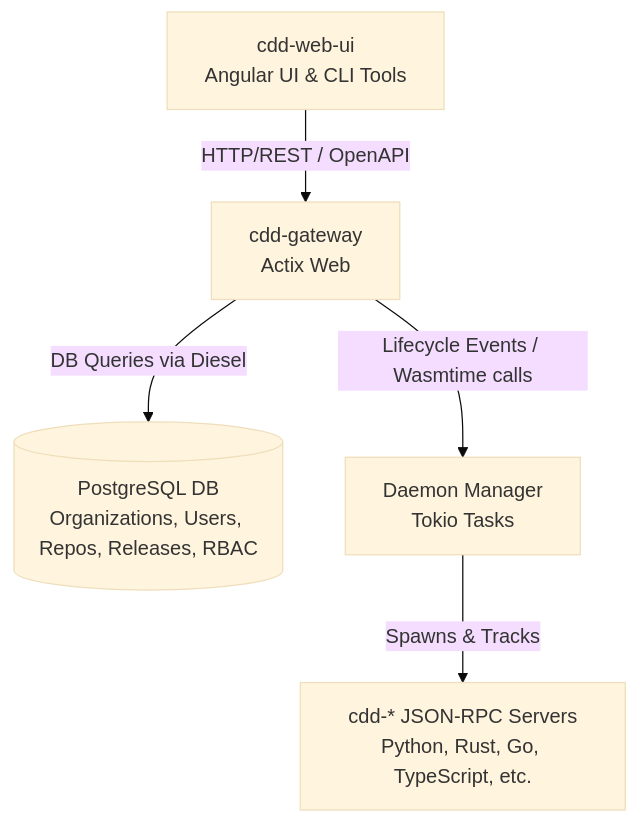
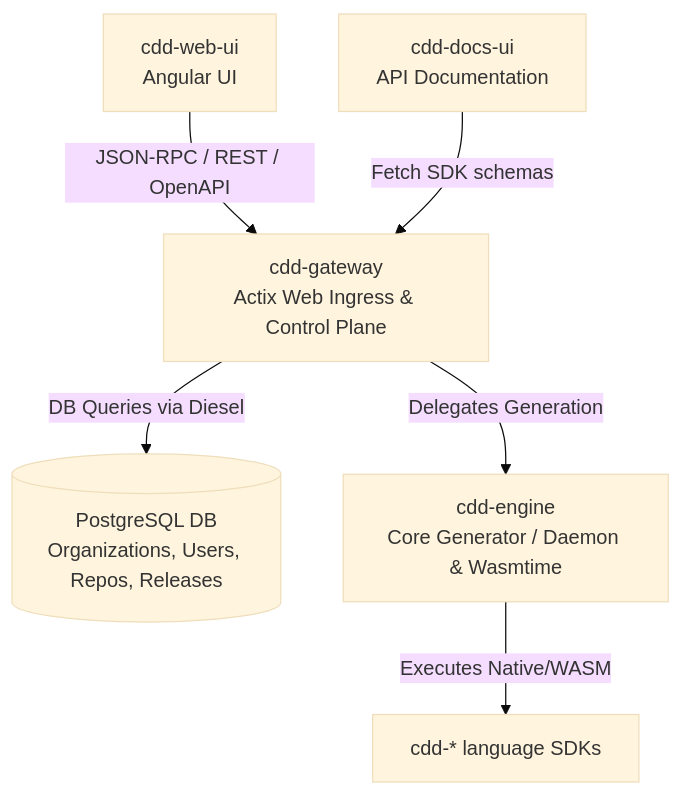
One commit to SamuelMarks/cdd-gateway changed the diagram in ARCHITECTURE.md. Above: the diagram before and after it, drawn with Mermaid (base theme). The commit also changed other lines of this file and 11 other files, not shown here.

````diff
--- a/ARCHITECTURE.md
+++ b/ARCHITECTURE.md
@@ -16,13 +16,17 @@
 ```mermaid
 graph TD
-    UI[cdd-web-ui<br/>Angular UI & CLI Tools]
-    Gateway[cdd-gateway<br/>Actix Web]
-    DB[(PostgreSQL DB<br/>Organizations, Users, Repos, Releases, RBAC)]
-    Daemon[Daemon Manager<br/>Tokio Tasks]
-    Servers[cdd-* JSON-RPC Servers<br/>Python, Rust, Go, TypeScript, etc.]
+    UI[cdd-web-ui<br/>Angular UI]
+    Docs[cdd-docs-ui<br/>API Documentation]
+    
+    Gateway[cdd-gateway<br/>Actix Web Ingress & Control Plane]
+    DB[(PostgreSQL DB<br/>Organizations, Users, Repos, Releases)]
+    Engine[cdd-engine<br/>Core Generator / Daemon & Wasmtime]
+    Servers[cdd-* language SDKs]
 
-    UI -->|HTTP/REST / OpenAPI| Gateway
+    UI -->|JSON-RPC / REST / OpenAPI| Gateway
+    Docs -->|Fetch SDK schemas| Gateway
+    
     Gateway -->|DB Queries via Diesel| DB
-    Gateway -->|Lifecycle Events / Wasmtime calls| Daemon
-    Daemon -->|Spawns & Tracks| Servers
+    Gateway -->|Delegates Generation| Engine
+    Engine -->|Executes Native/WASM| Servers
 ```
````
